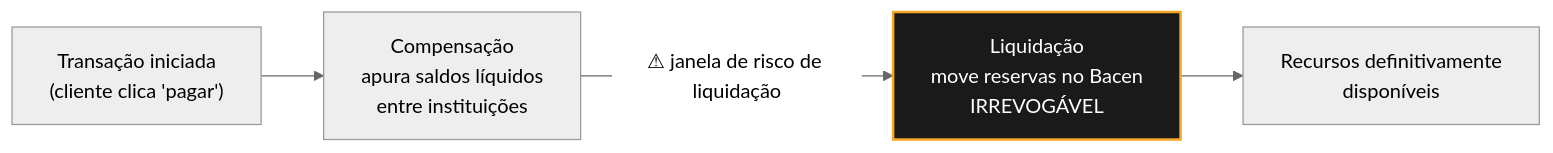
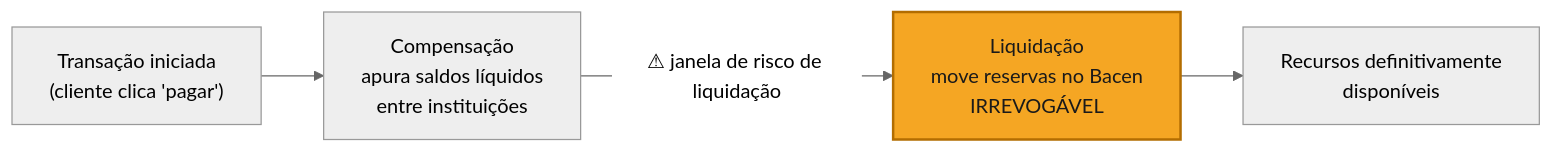
The second of 23 diagrams in apostila-sistema-financeiro-brasileiro-dev.md (danielbfr3/sobre_aws), drawn with Mermaid (neutral theme) before and after one commit. The commit also changed other lines of this file, not shown here.

````diff
--- a/apostila-sistema-financeiro-brasileiro-dev.md
+++ b/apostila-sistema-financeiro-brasileiro-dev.md
@@ -141,8 +208,9 @@
 ```mermaid
 graph LR
+    classDef destaque fill:#f5a623,stroke:#b36d00,color:#1a1a1a,stroke-width:2px
     A["Transação iniciada<br/>(cliente clica 'pagar')"] --> B["Compensação<br/>apura saldos líquidos<br/>entre instituições"]
     B -->|"⚠ janela de risco de liquidação"| C["Liquidação<br/>move reservas no Bacen<br/>IRREVOGÁVEL"]
     C --> D["Recursos definitivamente<br/>disponíveis"]
 
-    style C fill:#1a1a1a,color:#fff,stroke:#f5a623,stroke-width:2px
+    class C destaque
 ```
````
